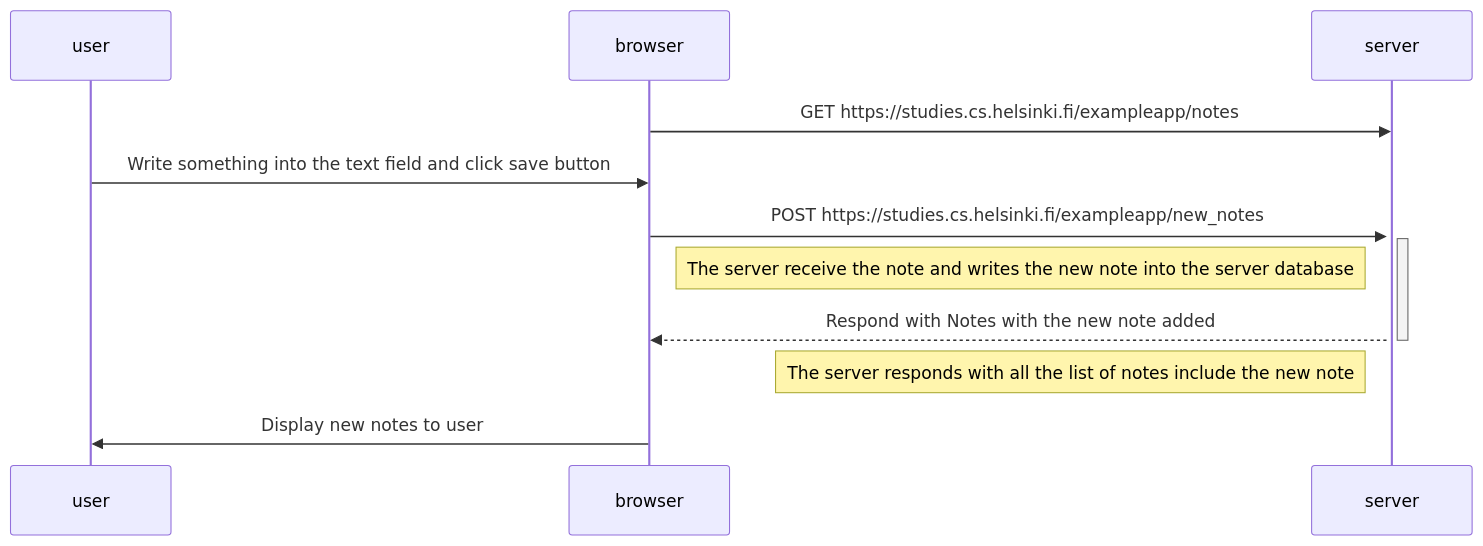
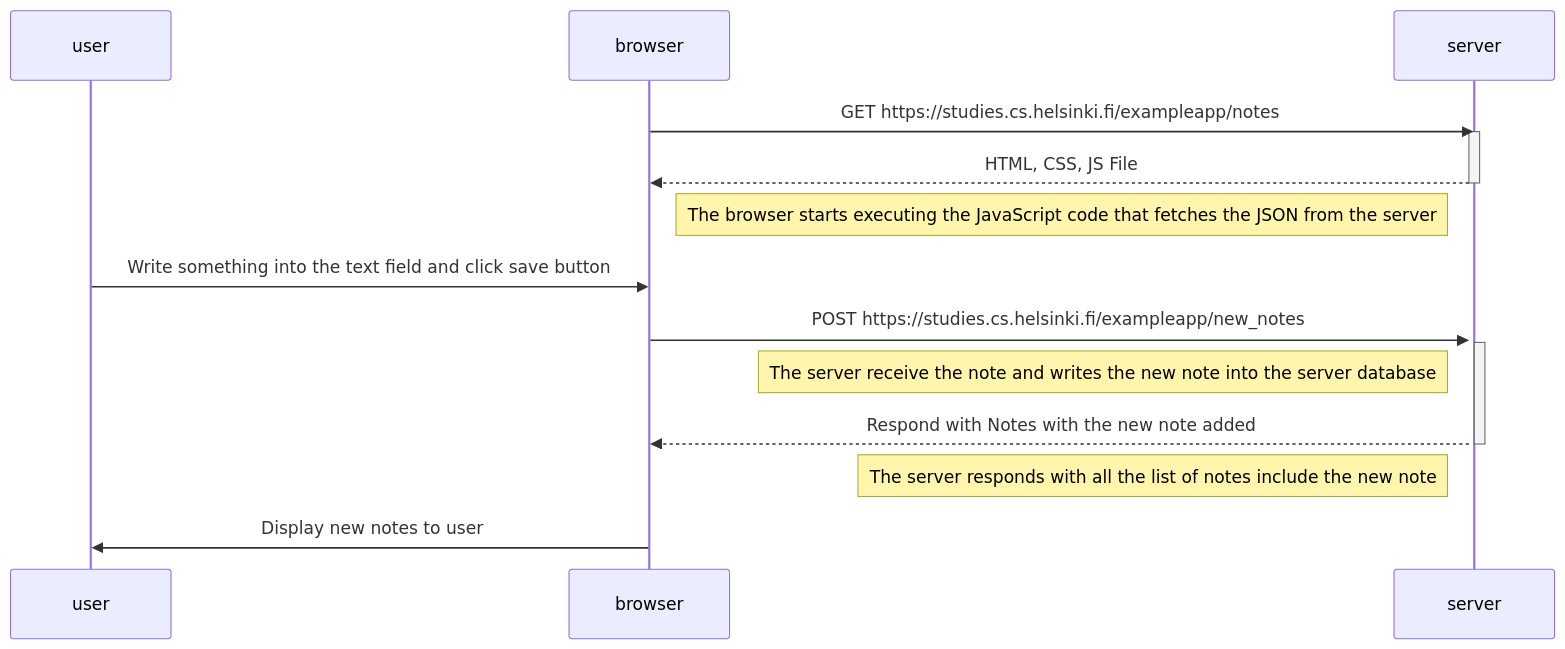
Before and after one commit to johokorie/fullstack-open-2025: the diagram in part0/new-note-diagram.md, drawn with Mermaid. The commit also changed 1 other file, not shown here.

Commit message:
Submission for exercise 0.5 in part0

````diff
--- a/part0/new-note-diagram.md
+++ b/part0/new-note-diagram.md
@@ -1,26 +1,31 @@
 ```mermaid
   sequenceDiagram
     participant user
     participant browser
     participant server
 
     browser->>server: GET https://studies.cs.helsinki.fi/exampleapp/notes
     activate server
 
+    server-->>browser: HTML, CSS, JS File
+    deactivate server
+
+    Note right of browser: The browser starts executing the JavaScript code that fetches the JSON from the server
+
     user->>browser: Write something into the text field and click save button
     activate server
 
-
     browser->>server: POST https://studies.cs.helsinki.fi/exampleapp/new_notes
     activate server
+    
     Note left of server: The server receive the note and writes the new note into the server database
 
     server-->>browser: Respond with Notes with the new note added
     deactivate server
 
      Note left of server: The server responds with all the list of notes include the new note
 
      browser->>user: Display new notes to user
-    
+
 
 ```
````
